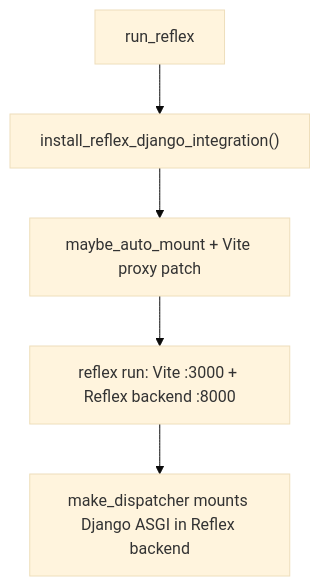
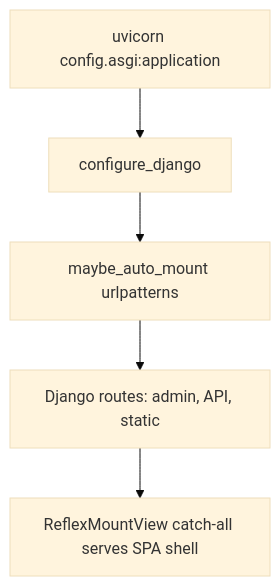
One commit to web7ai/reflex-django changed the second of 2 diagrams in docs/internals/architecture.md. Above: the diagram before and after it, drawn with Mermaid (base theme). The commit also changed other lines of this file and 141 other files, not shown here.

````diff
--- a/docs/internals/architecture.md
+++ b/docs/internals/architecture.md
@@ -50,7 +45,7 @@
 ```mermaid
 flowchart TD
-  A["run_reflex"] --> B["install_reflex_django_integration()"]
-  B --> C["maybe_auto_mount + Vite proxy patch"]
-  C --> D["reflex run: Vite :3000 + Reflex backend :8000"]
-  D --> E["make_dispatcher mounts Django ASGI in Reflex backend"]
+  A["uvicorn config.asgi:application"] --> B["configure_django"]
+  B --> C["maybe_auto_mount urlpatterns"]
+  C --> D["Django routes: admin, API, static"]
+  D --> E["ReflexMountView catch-all serves SPA shell"]
 ```
````
